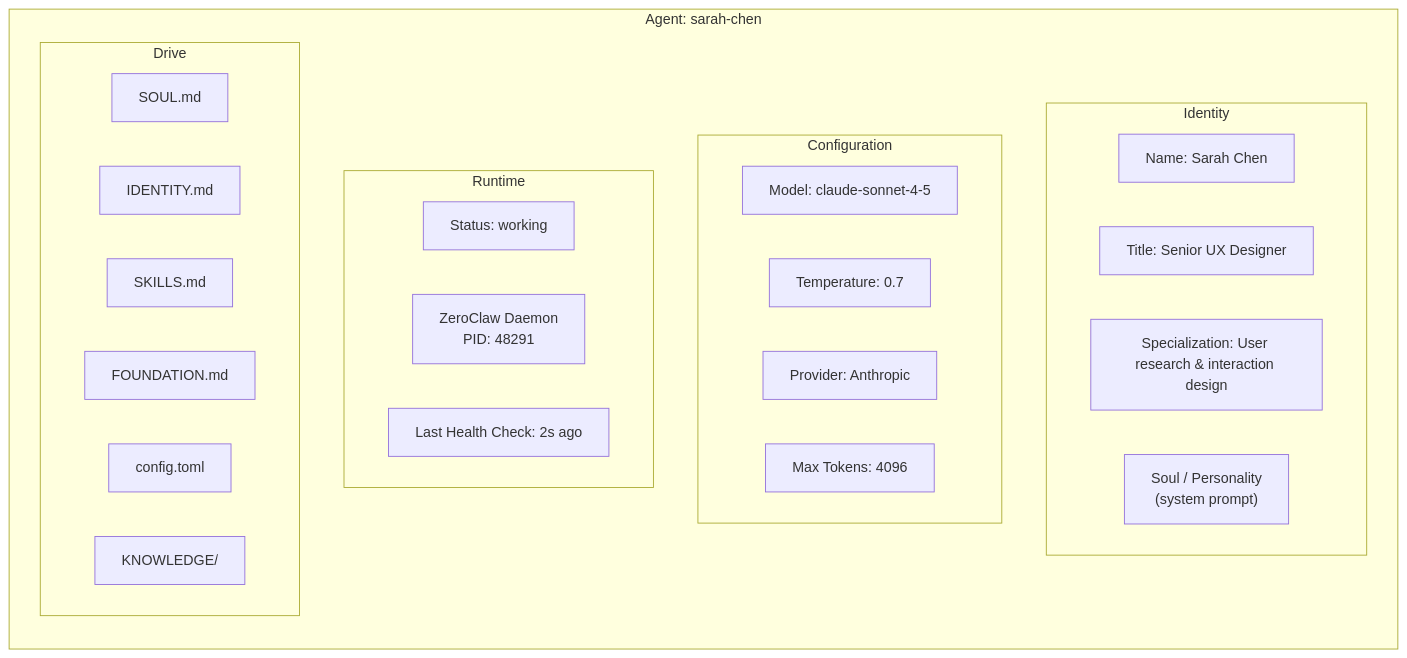
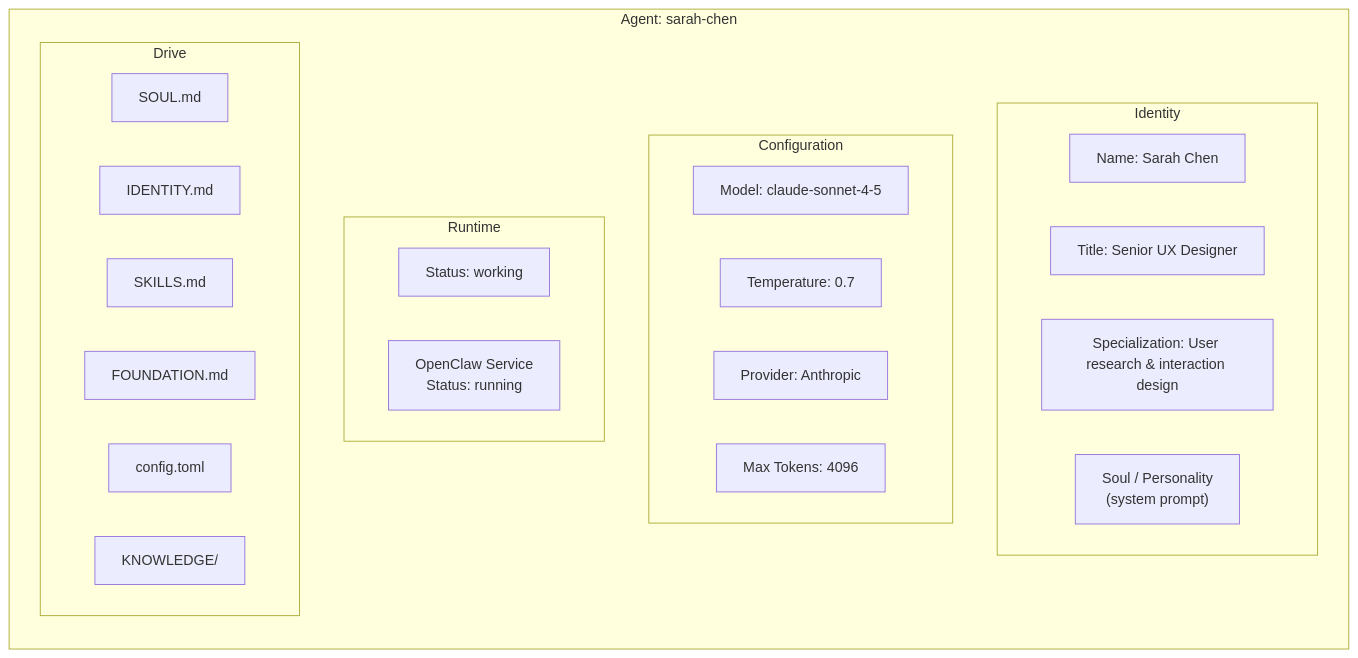
One commit to pde-rent/monokeros changed the first of 8 diagrams in docs/core-concepts/agents.md. Above: the diagram before and after it, drawn with Mermaid. The commit also changed other lines of this file and 31 other files, not shown here.

First line of the commit message:
feat: rewrite docs for OpenClaw, add acceptance criteria and artifact models

````diff
--- a/docs/core-concepts/agents.md
+++ b/docs/core-concepts/agents.md
@@ -11,36 +11,35 @@
 ```mermaid
 graph TB
     subgraph Agent["Agent: sarah-chen"]
         direction TB
 
         subgraph Identity["Identity"]
             Name["Name: Sarah Chen"]
             Title["Title: Senior UX Designer"]
             Spec["Specialization: User research & interaction design"]
             Soul["Soul / Personality<br/>(system prompt)"]
         end
 
         subgraph Config["Configuration"]
             Model["Model: claude-sonnet-4-5"]
             Temp["Temperature: 0.7"]
             Provider["Provider: Anthropic"]
             MaxTok["Max Tokens: 4096"]
         end
 
-        subgraph Runtime["Runtime"]
+        subgraph RuntimeInfo["Runtime"]
             Status["Status: working"]
-            Daemon["ZeroClaw Daemon<br/>PID: 48291"]
-            Health["Last Health Check: 2s ago"]
+            Service["OpenClaw Service<br/>Status: running"]
         end
 
         subgraph Files["Drive"]
             SoulMD["SOUL.md"]
             IdentityMD["IDENTITY.md"]
             SkillsMD["SKILLS.md"]
             FoundationMD["FOUNDATION.md"]
             ConfigTOML["config.toml"]
             Knowledge["KNOWLEDGE/"]
         end
     end
 
 ```
````
